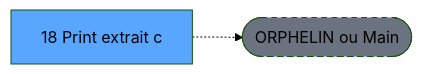
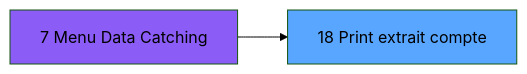
The second of 3 diagrams in .openspec/specs/ADH-IDE-18.md (thonyAGP/magic-migration), drawn with Mermaid (forest theme) before and after one commit. The commit also changed other lines of this file and 253 other files, not shown here.

````diff
--- a/.openspec/specs/ADH-IDE-18.md
+++ b/.openspec/specs/ADH-IDE-18.md
@@ -119,8 +383,8 @@
 ```mermaid
 graph LR
-    T[18 Print extrait c]
-    ORPHAN([ORPHELIN ou Main])
-    T -.-> ORPHAN
-    style T fill:#58a6ff,color:#000
-    style ORPHAN fill:#6b7280,stroke-dasharray: 5 5
+    T18[18 Print extrait compte]
+    style T18 fill:#58a6ff
+    CC7[7 Menu Data Catching]
+    style CC7 fill:#8b5cf6
+    CC7 --> T18
 ```
````
